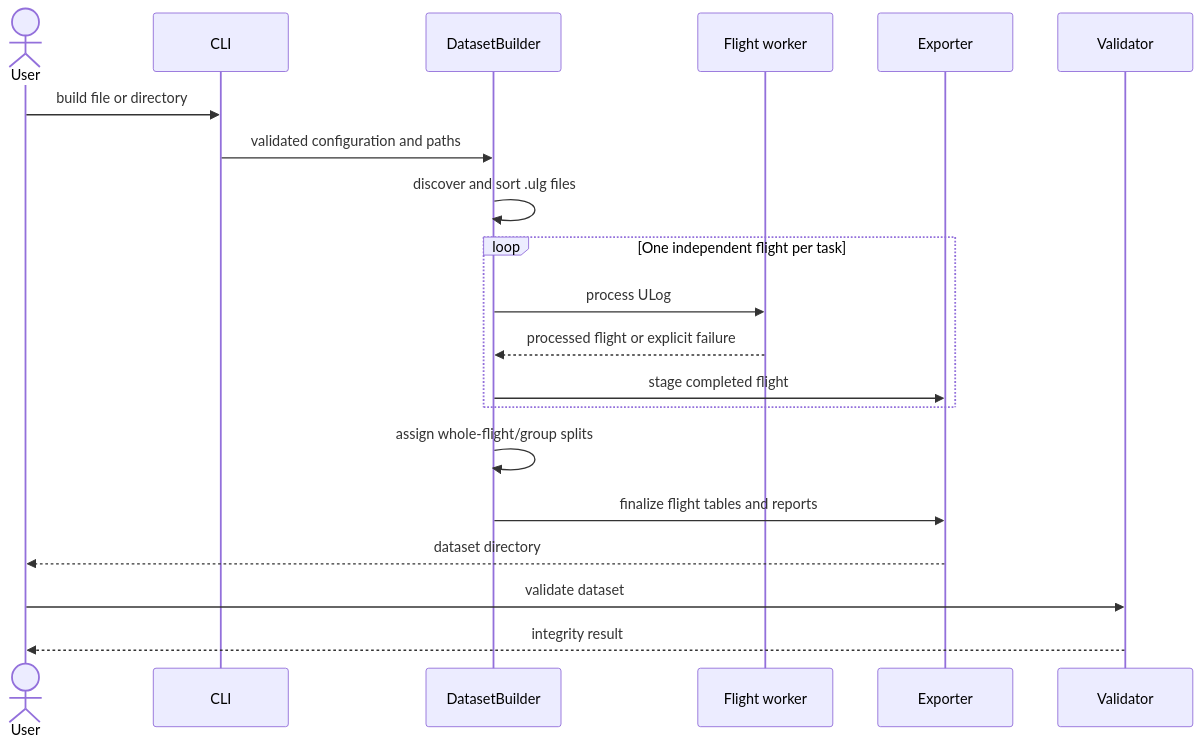
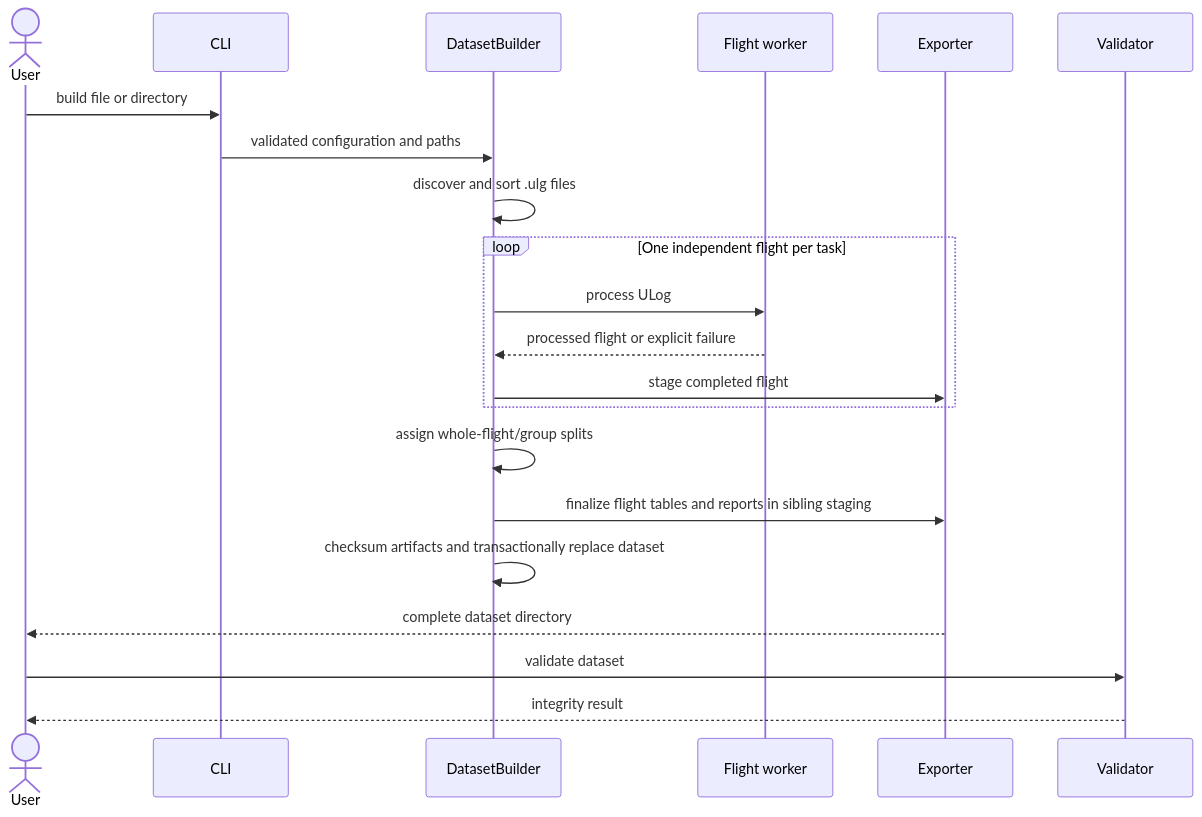
One commit to LodeStonedrones/px4-dataset-builder changed the third of 4 diagrams in docs/architecture/ARCHITECTURE.md. Above: the diagram before and after it, drawn with Mermaid. The commit also changed other lines of this file and 29 other files, not shown here.

````diff
--- a/docs/architecture/ARCHITECTURE.md
+++ b/docs/architecture/ARCHITECTURE.md
@@ -66,23 +66,24 @@
 ```mermaid
 sequenceDiagram
     actor User
     participant CLI
     participant Builder as DatasetBuilder
     participant Worker as Flight worker
     participant Exporter
     participant Validator
 
     User->>CLI: build file or directory
     CLI->>Builder: validated configuration and paths
     Builder->>Builder: discover and sort .ulg files
     loop One independent flight per task
         Builder->>Worker: process ULog
         Worker-->>Builder: processed flight or explicit failure
         Builder->>Exporter: stage completed flight
     end
     Builder->>Builder: assign whole-flight/group splits
-    Builder->>Exporter: finalize flight tables and reports
-    Exporter-->>User: dataset directory
+    Builder->>Exporter: finalize flight tables and reports in sibling staging
+    Builder->>Builder: checksum artifacts and transactionally replace dataset
+    Exporter-->>User: complete dataset directory
     User->>Validator: validate dataset
     Validator-->>User: integrity result
 ```
````
